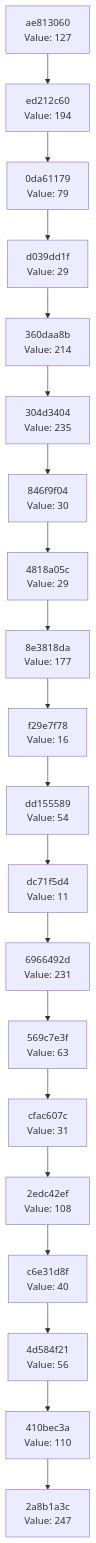
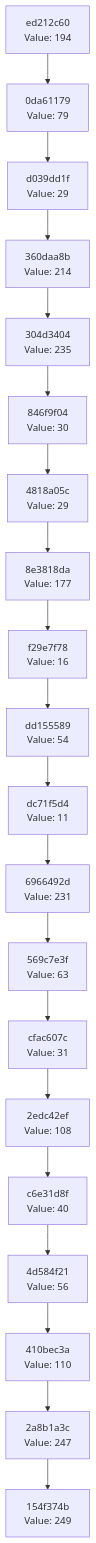
Before and after one commit to Abhisheksinha1506/hash-chain-evolver: the diagram in docs/CHAIN_VISUALIZATION.md, drawn with Mermaid. The commit also changed 1 other file, not shown here.

Commit message:
Evolution Step

````diff
--- a/docs/CHAIN_VISUALIZATION.md
+++ b/docs/CHAIN_VISUALIZATION.md
@@ -3,42 +3,42 @@
 ```mermaid
 graph TD
-    C0["2a8b1a3c<br/>Value: 247"]
-    C1["410bec3a<br/>Value: 110"]
+    C0["154f374b<br/>Value: 249"]
+    C1["2a8b1a3c<br/>Value: 247"]
     C1 --> C0
-    C2["4d584f21<br/>Value: 56"]
+    C2["410bec3a<br/>Value: 110"]
     C2 --> C1
-    C3["c6e31d8f<br/>Value: 40"]
+    C3["4d584f21<br/>Value: 56"]
     C3 --> C2
-    C4["2edc42ef<br/>Value: 108"]
+    C4["c6e31d8f<br/>Value: 40"]
     C4 --> C3
-    C5["cfac607c<br/>Value: 31"]
+    C5["2edc42ef<br/>Value: 108"]
     C5 --> C4
-    C6["569c7e3f<br/>Value: 63"]
+    C6["cfac607c<br/>Value: 31"]
     C6 --> C5
-    C7["6966492d<br/>Value: 231"]
+    C7["569c7e3f<br/>Value: 63"]
     C7 --> C6
-    C8["dc71f5d4<br/>Value: 11"]
+    C8["6966492d<br/>Value: 231"]
     C8 --> C7
-    C9["dd155589<br/>Value: 54"]
+    C9["dc71f5d4<br/>Value: 11"]
     C9 --> C8
-    C10["f29e7f78<br/>Value: 16"]
+    C10["dd155589<br/>Value: 54"]
     C10 --> C9
-    C11["8e3818da<br/>Value: 177"]
+    C11["f29e7f78<br/>Value: 16"]
     C11 --> C10
-    C12["4818a05c<br/>Value: 29"]
+    C12["8e3818da<br/>Value: 177"]
     C12 --> C11
-    C13["846f9f04<br/>Value: 30"]
+    C13["4818a05c<br/>Value: 29"]
     C13 --> C12
-    C14["304d3404<br/>Value: 235"]
+    C14["846f9f04<br/>Value: 30"]
     C14 --> C13
-    C15["360daa8b<br/>Value: 214"]
+    C15["304d3404<br/>Value: 235"]
     C15 --> C14
-    C16["d039dd1f<br/>Value: 29"]
+    C16["360daa8b<br/>Value: 214"]
     C16 --> C15
-    C17["0da61179<br/>Value: 79"]
+    C17["d039dd1f<br/>Value: 29"]
     C17 --> C16
-    C18["ed212c60<br/>Value: 194"]
+    C18["0da61179<br/>Value: 79"]
     C18 --> C17
-    C19["ae813060<br/>Value: 127"]
+    C19["ed212c60<br/>Value: 194"]
     C19 --> C18
 ```
````
